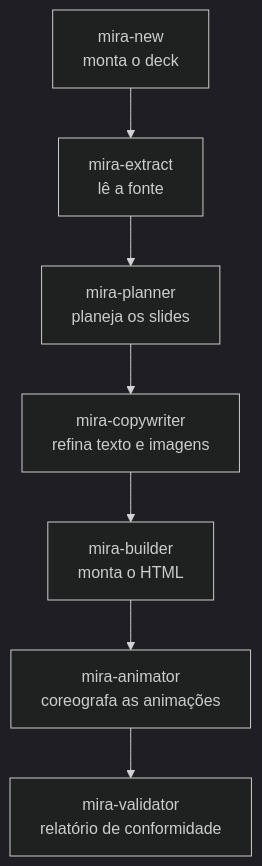
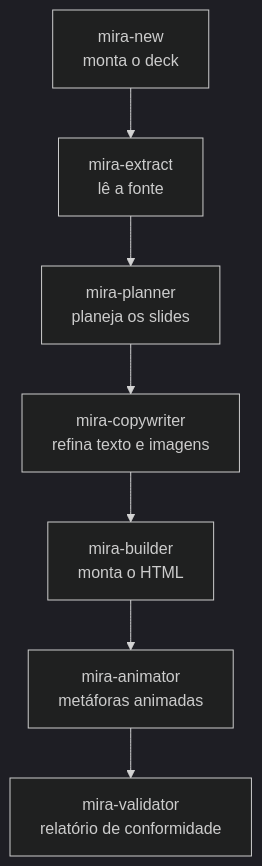
The diagram in docs/pipeline.pt.md (sandeco/mira-animator), drawn with Mermaid (dark theme) before and after one commit. The commit also changed other lines of this file and 75 other files, not shown here.

````diff
--- a/docs/pipeline.pt.md
+++ b/docs/pipeline.pt.md
@@ -5,9 +5,9 @@
 ```mermaid
 flowchart TD
     S[mira-new<br/>monta o deck] --> E[mira-extract<br/>lê a fonte]
     E --> P[mira-planner<br/>planeja os slides]
     P --> C[mira-copywriter<br/>refina texto e imagens]
     C --> B[mira-builder<br/>monta o HTML]
-    B --> A[mira-animator<br/>coreografa as animações]
+    B --> A[mira-animator<br/>metáforas animadas]
     A --> V[mira-validator<br/>relatório de conformidade]
 ```
````
